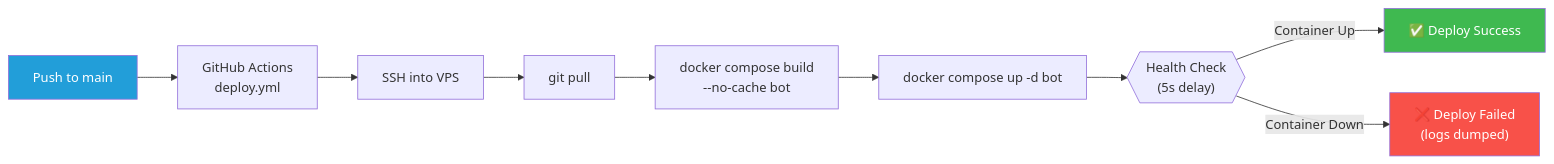
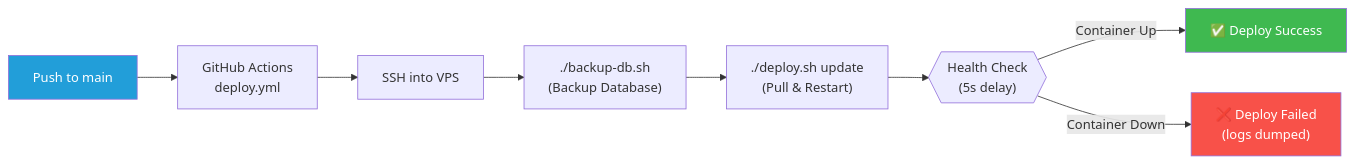
Before and after one commit to harshjais369/ApproverBot: the third of 3 diagrams in README.md, drawn with Mermaid. The commit also changed other lines of this file and 4 other files, not shown here.

````diff
--- a/README.md
+++ b/README.md
@@ -584,15 +598,14 @@
 ```mermaid
 graph LR
     A["Push to main"] --> B["GitHub Actions<br/>deploy.yml"]
     B --> C["SSH into VPS"]
-    C --> D["git pull"]
-    D --> E["docker compose build<br/>--no-cache bot"]
-    E --> F["docker compose up -d bot"]
-    F --> G{{"Health Check<br/>(5s delay)"}}
-    G -->|"Container Up"| H["✅ Deploy Success"]
-    G -->|"Container Down"| I["❌ Deploy Failed<br/>(logs dumped)"]
+    C --> D["./backup-db.sh<br/>(Backup Database)"]
+    D --> E["./deploy.sh update<br/>(Pull & Restart)"]
+    E --> F{{"Health Check<br/>(5s delay)"}}
+    F -->|"Container Up"| G["✅ Deploy Success"]
+    F -->|"Container Down"| H["❌ Deploy Failed<br/>(logs dumped)"]
 
     style A fill:#229ED9,color:#fff
-    style H fill:#3FB950,color:#fff
-    style I fill:#F85149,color:#fff
+    style G fill:#3FB950,color:#fff
+    style H fill:#F85149,color:#fff
 ```
````
